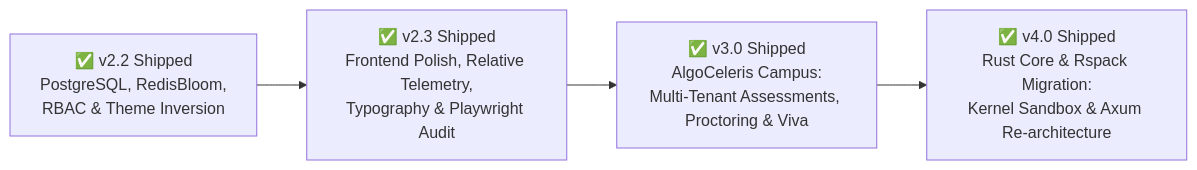
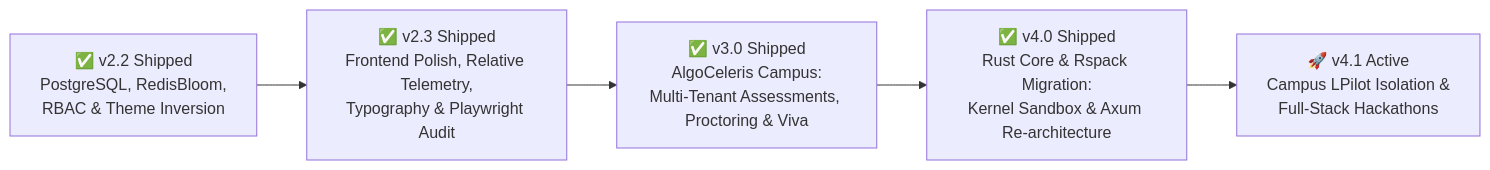
Before and after one commit to Nishank15/algoceleris: the first of 3 diagrams in IMPLEMENTATION_PLAN.md, drawn with Mermaid. The commit also changed other lines of this file and 134 other files, not shown here.

````diff
--- a/IMPLEMENTATION_PLAN.md
+++ b/IMPLEMENTATION_PLAN.md
@@ -16,6 +16,7 @@
 ```mermaid
 graph LR
     v2_2["✅ v2.2 Shipped<br/>PostgreSQL, RedisBloom,<br/>RBAC & Theme Inversion"] --> v2_3["✅ v2.3 Shipped<br/>Frontend Polish, Relative Telemetry,<br/>Typography & Playwright Audit"]
     v2_3 --> v3_0["✅ v3.0 Shipped<br/>AlgoCeleris Campus:<br/>Multi-Tenant Assessments, Proctoring & Viva"]
     v3_0 --> v4_0["✅ v4.0 Shipped<br/>Rust Core & Rspack Migration:<br/>Kernel Sandbox & Axum Re-architecture"]
+    v4_0 --> v4_1["🚀 v4.1 Active<br/>Campus LPilot Isolation &<br/>Full-Stack Hackathons"]
 ```
````
